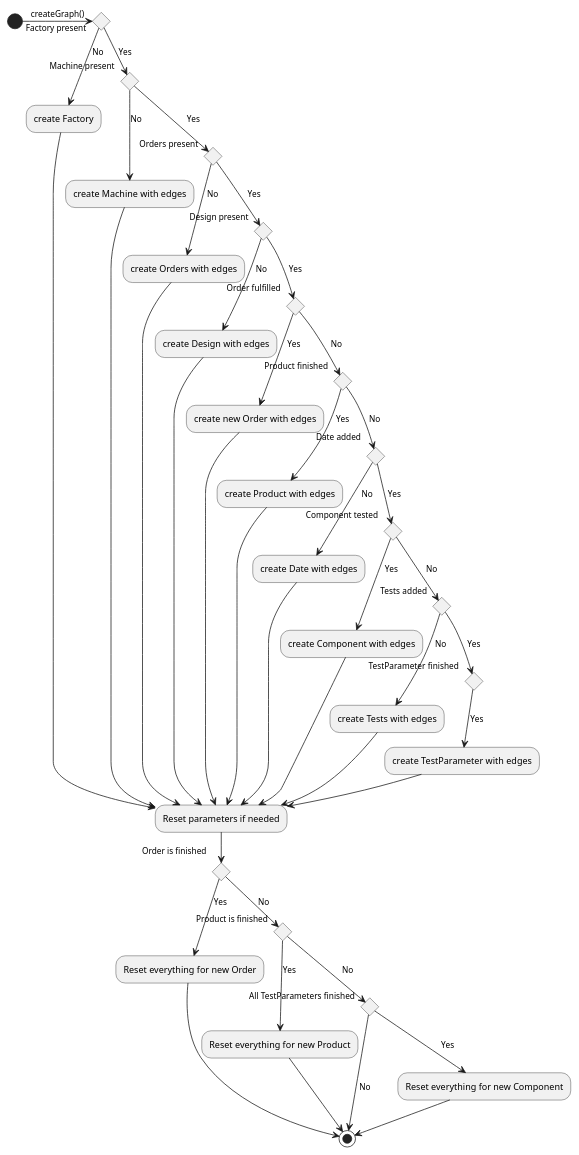
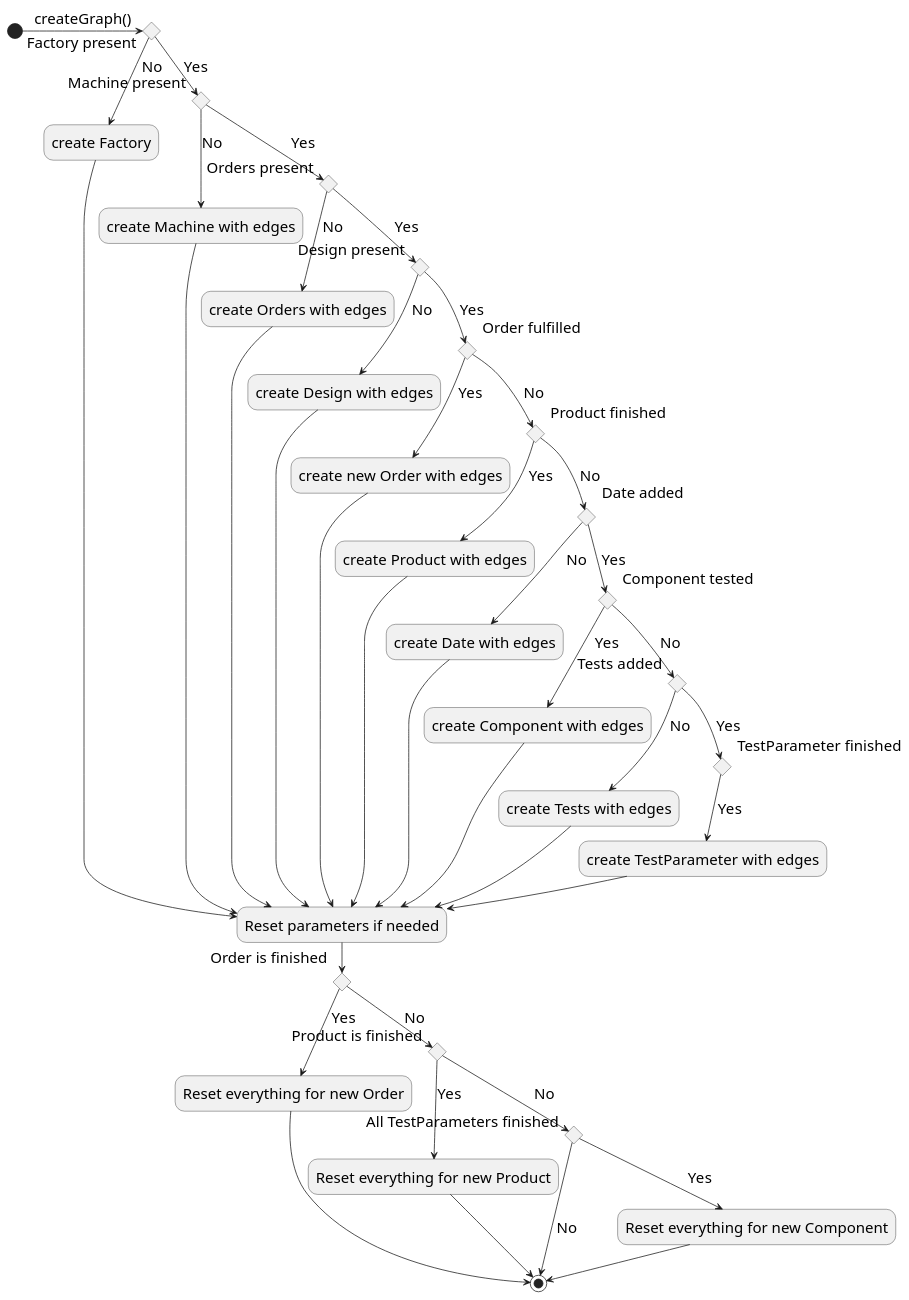
One commit to ChristianNavolskyi/BachelorThesis changed the diagram in thesis/images/extensions/GraphDataRecorder.puml. Above: the diagram before and after it, drawn with PlantUML. The commit also changed 50 other files, not shown here.

```diff
--- a/thesis/images/extensions/GraphDataRecorder.puml
+++ b/thesis/images/extensions/GraphDataRecorder.puml
@@ -1,56 +1,60 @@
 @startuml
+
+skinparam ActivityFontSize 20
+skinparam ArrowFontSize 20
+
 (*) -> [createGraph()] if "Factory present" then
     --> [No] "create Factory"
     --> "Reset parameters if needed"
 else
     --> [Yes] if "Machine present" then
         --> [No] "create Machine with edges"
         --> "Reset parameters if needed"
     else
         --> [Yes] if "Orders present" then
             --> [No] "create Orders with edges"
             --> "Reset parameters if needed"
         else
             --> [Yes] if "Design present" then
                 --> [No] "create Design with edges"
                 --> "Reset parameters if needed"
             else
                 --> [Yes] if "Order fulfilled" then
                     --> [Yes] "create new Order with edges"
                     --> "Reset parameters if needed"
                 else
                     --> [No] if "Product finished" then
                         --> [Yes] "create Product with edges"
                         --> "Reset parameters if needed"
                     else
                         --> [No] if "Date added" then
                             --> [No] "create Date with edges"
                             --> "Reset parameters if needed"
                         else
                             --> [Yes] if "Component tested" then
                                 --> [Yes] "create Component with edges"
                                 --> "Reset parameters if needed"
                             else
                                 --> [No] if "Tests added" then
                                     --> [No] "create Tests with edges"
                                     --> "Reset parameters if needed"
                                 else
                                     --> [Yes] if "TestParameter finished" then
                                         --> [Yes] "create TestParameter with edges"
 
 --> "Reset parameters if needed"
 
 if "Order is finished" then
     --> [Yes] "Reset everything for new Order"
     --> (*)
 else
     --> [No] if "Product is finished" then
         --> [Yes] "Reset everything for new Product"
         --> (*)
     else
         --> [No] if "All TestParameters finished" then
             --> [Yes] "Reset everything for new Component"
             --> (*)
             else
                 --> [No] (*)
 @enduml
```
